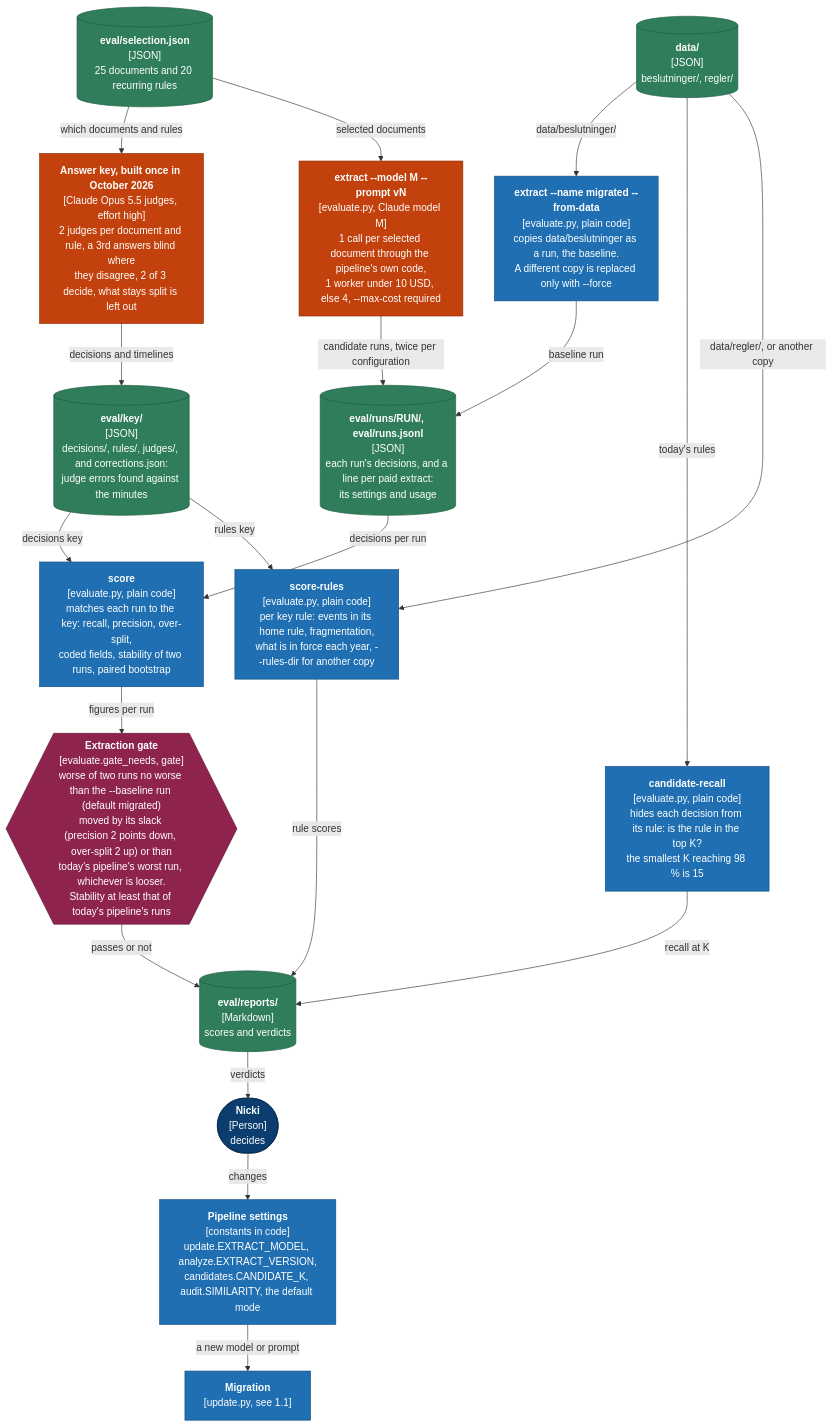
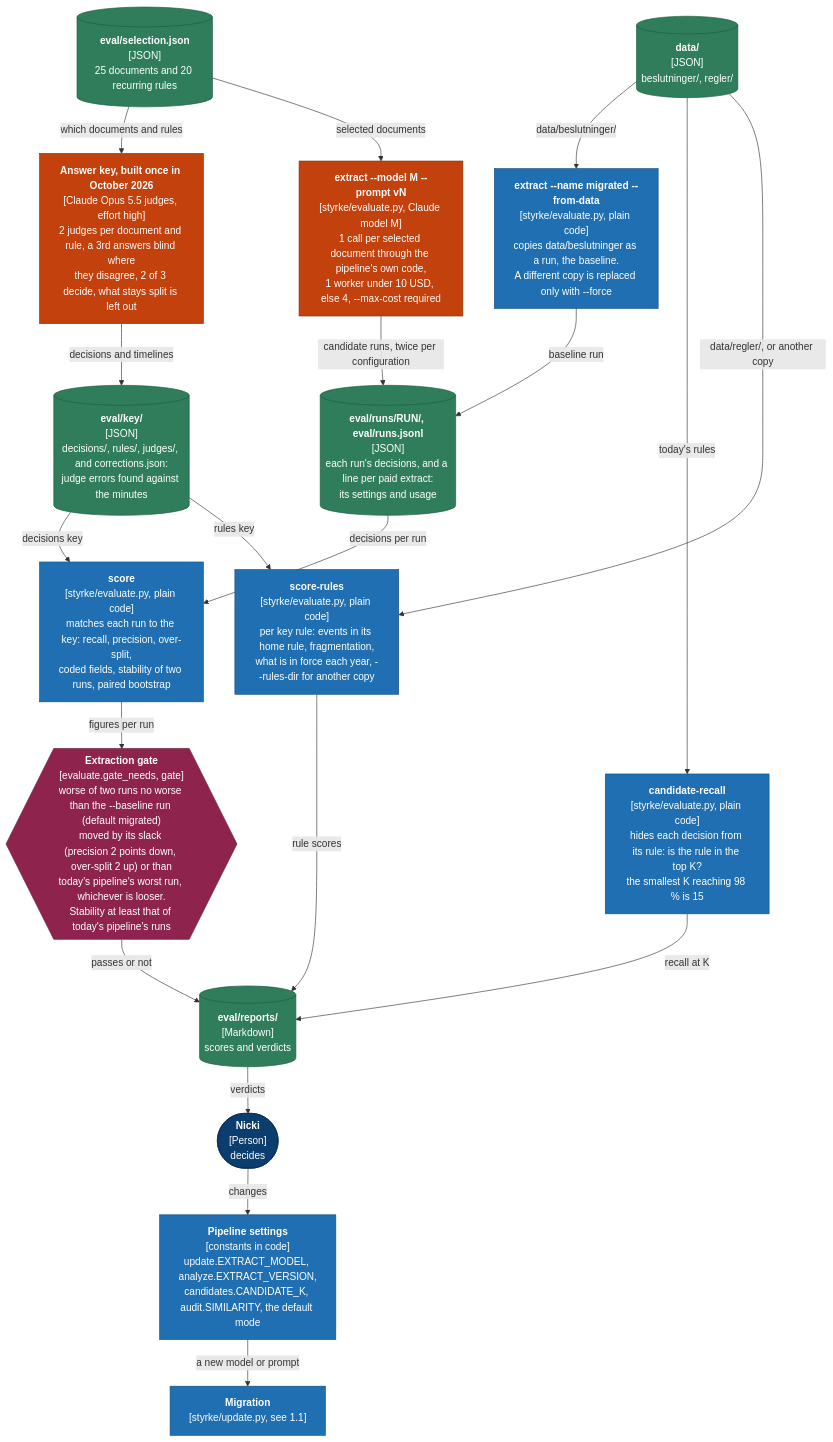
One commit to Lentz92/styrke-referater changed the fifth of 11 diagrams in docs/architecture.md. Above: the diagram before and after it, drawn with Mermaid. The commit also changed other lines of this file and 43 other files, not shown here.

````diff
--- a/docs/architecture.md
+++ b/docs/architecture.md
@@ -319,50 +320,50 @@
 ```mermaid
 flowchart TB
   %% Sources. eval/README.md: 25 documents and 20 rules, 2 judges with a blind 3rd, commands since removed.
   %% Judges' model and effort: provenance in eval/key/judges, claude-opus-5-5 at effort high.
-  %% evaluate.py: BASELINE_RUN migrated, GATE_SLACK precision 0.02 and over_split 0.02, gate_needs, RECALL_KS 3 to 15,
-  %% RECALL_TARGET 0.98, SMALL_BUDGET_USD 10. audit.SIMILARITY 0.1, chosen with audit.py candidates.
+  %% styrke/evaluate.py: BASELINE_RUN migrated, GATE_SLACK precision 0.02 and over_split 0.02, gate_needs, RECALL_KS 3
+  %% to 15, RECALL_TARGET 0.98, SMALL_BUDGET_USD 10. audit.SIMILARITY 0.1, chosen with audit.py candidates.
   %% Retired since, with replay and compare-rules; their code is in commit 9f39874, their reports in eval/reports/.
 
   sel[("<b>eval/selection.json</b><br/>[JSON]<br/>25 documents and 20 recurring rules")]:::store
   judges["<b>Answer key, built once in October 2026</b><br/>[Claude Opus 5.5 judges, effort high]<br/>2 judges per document and rule, a 3rd answers blind where<br/>they disagree, 2 of 3 decide, what stays split is left out"]:::claude
   key[("<b>eval/key/</b><br/>[JSON]<br/>decisions/, rules/, judges/, and corrections.json:<br/>judge errors found against the minutes")]:::store
   data[("<b>data/</b><br/>[JSON]<br/>beslutninger/, regler/")]:::store
-  fromdata["<b>extract --name migrated --from-data</b><br/>[evaluate.py, plain code]<br/>copies data/beslutninger as a run, the baseline.<br/>A different copy is replaced only with --force"]:::code
-  extract["<b>extract --model M --prompt vN</b><br/>[evaluate.py, Claude model M]<br/>1 call per selected document through the pipeline's own code,<br/>1 worker under 10 USD, else 4, --max-cost required"]:::claude
+  fromdata["<b>extract --name migrated --from-data</b><br/>[styrke/evaluate.py, plain code]<br/>copies data/beslutninger as a run, the baseline.<br/>A different copy is replaced only with --force"]:::code
+  extract["<b>extract --model M --prompt vN</b><br/>[styrke/evaluate.py, Claude model M]<br/>1 call per selected document through the pipeline's own code,<br/>1 worker under 10 USD, else 4, --max-cost required"]:::claude
   runs[("<b>eval/runs/RUN/, eval/runs.jsonl</b><br/>[JSON]<br/>each run's decisions, and a line per paid extract:<br/>its settings and usage")]:::store
-  score["<b>score</b><br/>[evaluate.py, plain code]<br/>matches each run to the key: recall, precision, over-split,<br/>coded fields, stability of two runs, paired bootstrap"]:::code
+  score["<b>score</b><br/>[styrke/evaluate.py, plain code]<br/>matches each run to the key: recall, precision, over-split,<br/>coded fields, stability of two runs, paired bootstrap"]:::code
   egate{{"<b>Extraction gate</b><br/>[evaluate.gate_needs, gate]<br/>worse of two runs no worse than the --baseline run (default migrated)<br/>moved by its slack (precision 2 points down, over-split 2 up) or than<br/>today's pipeline's worst run, whichever is looser.<br/>Stability at least that of today's pipeline's runs"}}:::guard
-  recall["<b>candidate-recall</b><br/>[evaluate.py, plain code]<br/>hides each decision from its rule: is the rule in the top K?<br/>the smallest K reaching 98 % is 15"]:::code
-  srules["<b>score-rules</b><br/>[evaluate.py, plain code]<br/>per key rule: events in its home rule, fragmentation,<br/>what is in force each year, --rules-dir for another copy"]:::code
+  recall["<b>candidate-recall</b><br/>[styrke/evaluate.py, plain code]<br/>hides each decision from its rule: is the rule in the top K?<br/>the smallest K reaching 98 % is 15"]:::code
+  srules["<b>score-rules</b><br/>[styrke/evaluate.py, plain code]<br/>per key rule: events in its home rule, fragmentation,<br/>what is in force each year, --rules-dir for another copy"]:::code
   reports[("<b>eval/reports/</b><br/>[Markdown]<br/>scores and verdicts")]:::store
   nicki(["<b>Nicki</b><br/>[Person]<br/>decides"]):::person
   consts["<b>Pipeline settings</b><br/>[constants in code]<br/>update.EXTRACT_MODEL, analyze.EXTRACT_VERSION,<br/>candidates.CANDIDATE_K, audit.SIMILARITY, the default mode"]:::code
-  mig["<b>Migration</b><br/>[update.py, see 1.1]"]:::code
+  mig["<b>Migration</b><br/>[styrke/update.py, see 1.1]"]:::code
 
   sel -->|"which documents and rules"| judges
   judges -->|"decisions and timelines"| key
   sel -->|"selected documents"| extract
   data -->|"data/beslutninger/"| fromdata
   fromdata -->|"baseline run"| runs
   extract -->|"candidate runs, twice per configuration"| runs
   runs -->|"decisions per run"| score
   key -->|"decisions key"| score
   score -->|"figures per run"| egate
   egate -->|"passes or not"| reports
   data -->|"today's rules"| recall
   data -->|"data/regler/, or another copy"| srules
   key -->|"rules key"| srules
   recall -->|"recall at K"| reports
   srules -->|"rule scores"| reports
   reports -->|"verdicts"| nicki
   nicki -->|"changes"| consts
   consts -->|"a new model or prompt"| mig
 
   classDef person fill:#0b3d6e,stroke:#072a4d,color:#ffffff
   classDef code fill:#1f6fb2,stroke:#154f80,color:#ffffff
   classDef claude fill:#c2410c,stroke:#8a2e08,color:#ffffff
   classDef ext fill:#6b7280,stroke:#4b5160,color:#ffffff
   classDef store fill:#2f7d5b,stroke:#1f5a40,color:#ffffff
   classDef guard fill:#8e244d,stroke:#5f1833,color:#ffffff
 ```
````
